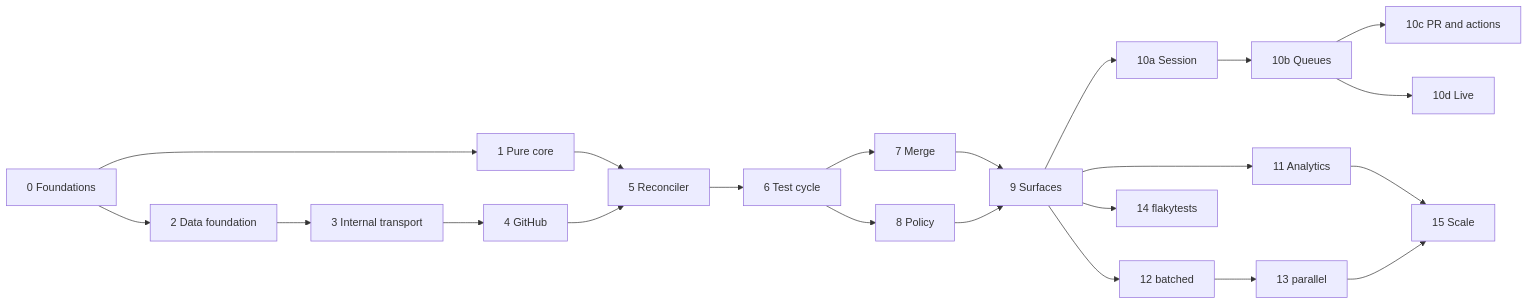
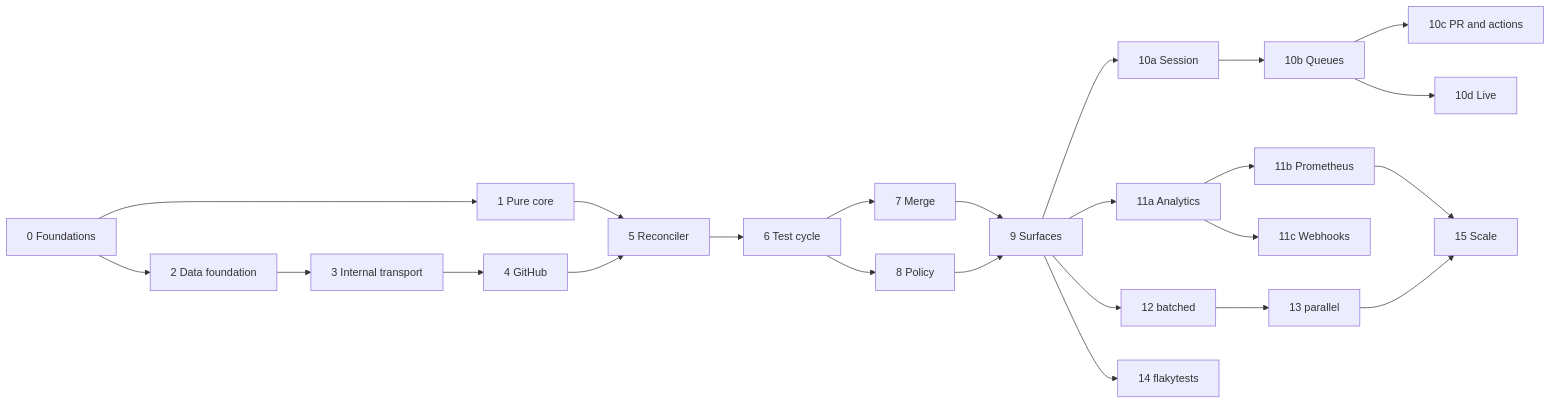
Before and after one commit to getcihub/cihub: the diagram in specs/LOTS.md, drawn with Mermaid. The commit also changed other lines of this file and 48 other files, not shown here.

````diff
--- a/specs/LOTS.md
+++ b/specs/LOTS.md
@@ -55,24 +57,26 @@
 ```mermaid
 flowchart LR
   L0[0 Foundations] --> L1[1 Pure core]
   L0 --> L2[2 Data foundation]
   L2 --> L3[3 Internal transport]
   L3 --> L4[4 GitHub]
   L1 --> L5[5 Reconciler]
   L4 --> L5
   L5 --> L6[6 Test cycle]
   L6 --> L7[7 Merge]
   L6 --> L8[8 Policy]
   L7 --> L9[9 Surfaces]
   L8 --> L9
   L9 --> L10a[10a Session]
   L10a --> L10b[10b Queues]
   L10b --> L10c[10c PR and actions]
   L10b --> L10d[10d Live]
-  L9 --> L11[11 Analytics]
+  L9 --> L11a[11a Analytics]
+  L11a --> L11b[11b Prometheus]
+  L11a --> L11c[11c Webhooks]
   L9 --> L12[12 batched]
   L9 --> L14[14 flakytests]
   L12 --> L13[13 parallel]
-  L11 --> L15[15 Scale]
+  L11b --> L15[15 Scale]
   L13 --> L15
 ```
````
